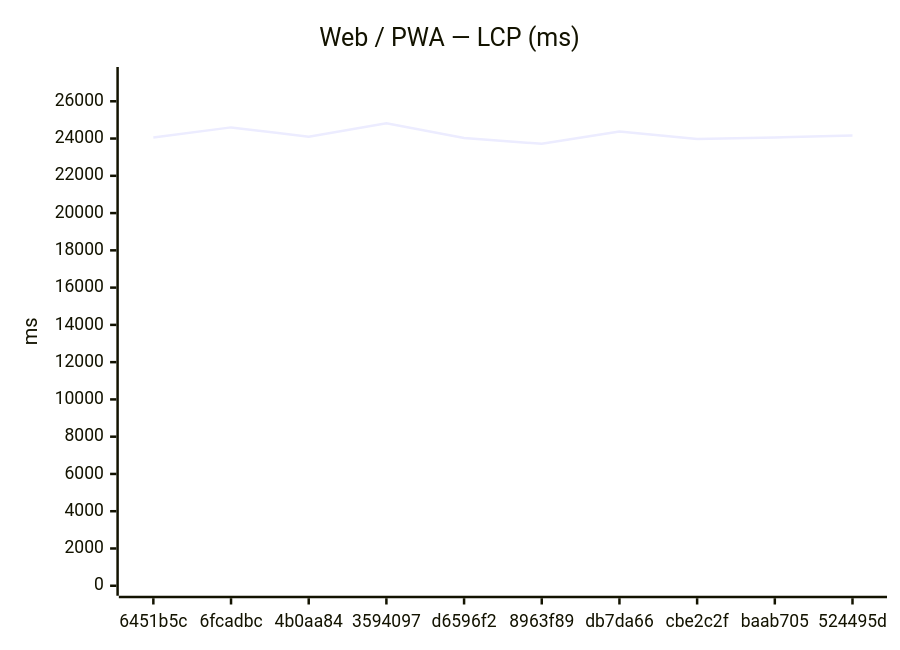
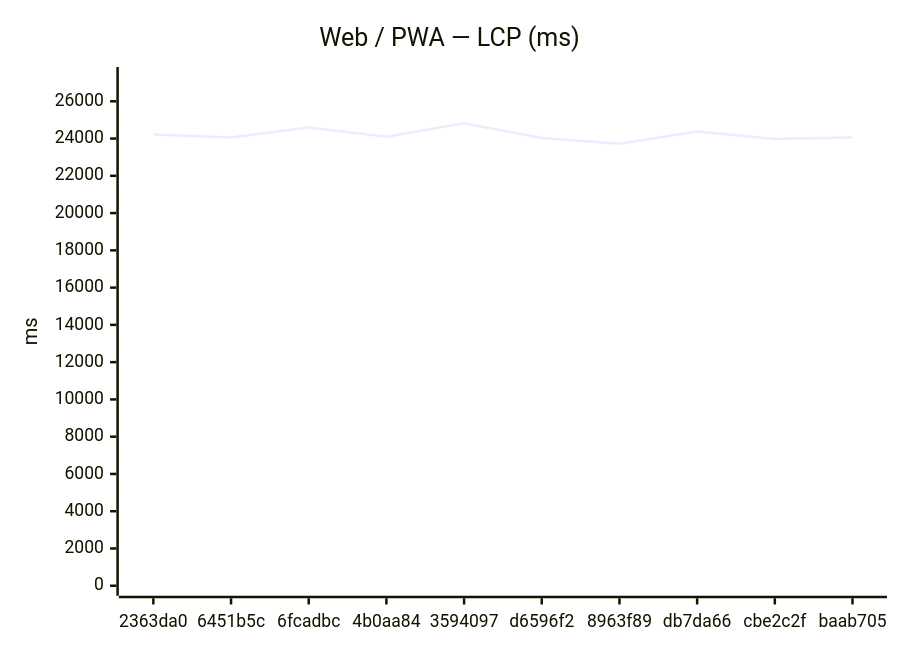
The first of 12 diagrams in benchmarks/compare.md (Metaheurist/Rianell), drawn with Mermaid before and after one commit. The commit also changed other lines of this file and 8 other files, not shown here.

````diff
--- a/benchmarks/compare.md
+++ b/benchmarks/compare.md
@@ -24,7 +24,7 @@
 ```mermaid
 xychart-beta
     title "Web / PWA — LCP (ms)"
-    x-axis ["6451b5c", "6fcadbc", "4b0aa84", "3594097", "d6596f2", "8963f89", "db7da66", "cbe2c2f", "baab705", "524495d"]
+    x-axis ["2363da0", "6451b5c", "6fcadbc", "4b0aa84", "3594097", "d6596f2", "8963f89", "db7da66", "cbe2c2f", "baab705"]
     y-axis "ms" 0 --> 27303
-    line [24056, 24599, 24101, 24820, 24030, 23715, 24380, 23980, 24058, 24158]
+    line [24218, 24056, 24599, 24101, 24820, 24030, 23715, 24380, 23980, 24058]
 ```
````
